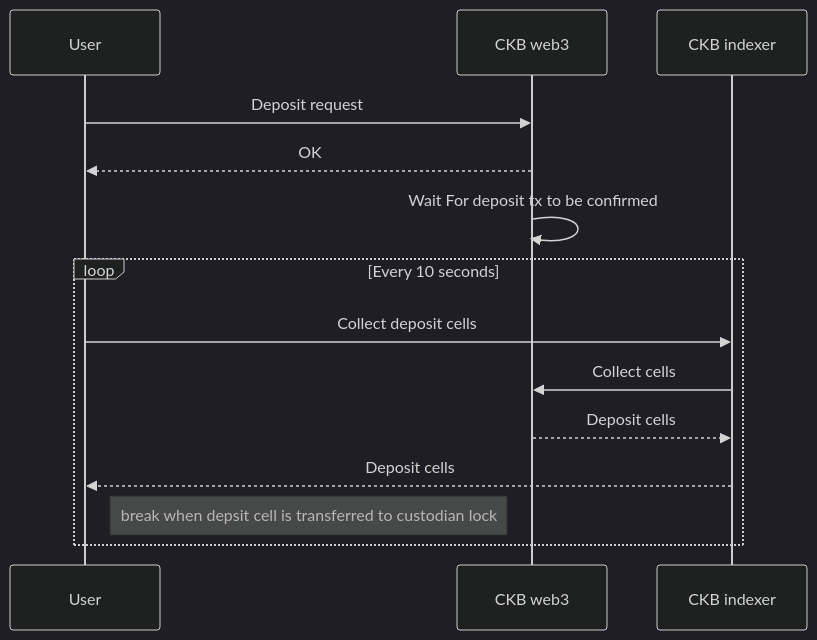
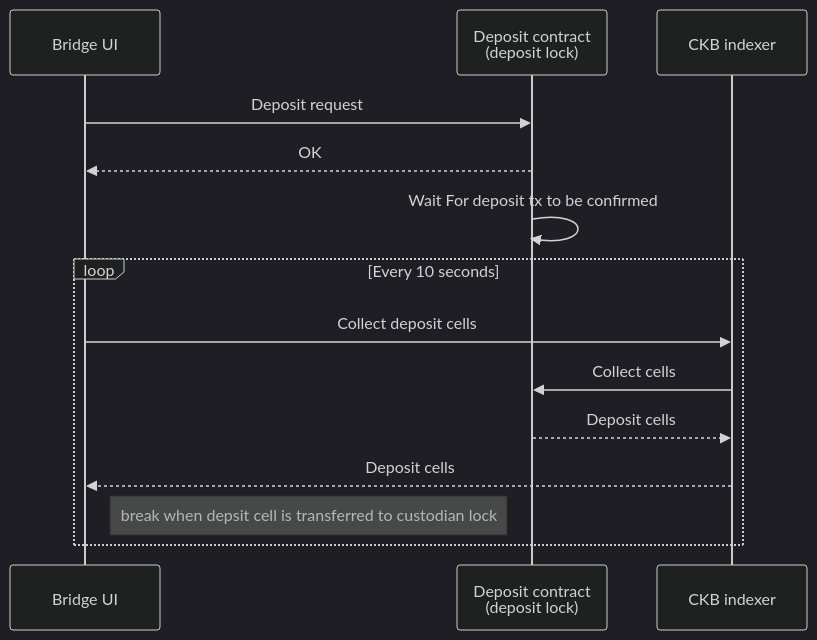
Before and after one commit to godwokenrises/light-godwoken: the first of 2 diagrams in docs/introduction.md, drawn with Mermaid (dark theme). The commit also changed other lines of this file, not shown here.

````diff
--- a/docs/introduction.md
+++ b/docs/introduction.md
@@ -47,16 +23,16 @@
 ```mermaid
 sequenceDiagram
-    participant A as User
-    participant B as CKB web3
+    participant A as Bridge UI
+    participant B as Deposit contract <br /> (deposit lock)
     participant C as CKB indexer
     A->>B: Deposit request
     B-->>A: OK
     B->>B: Wait For deposit tx to be confirmed
     loop Every 10 seconds
         A->>C: Collect deposit cells
         C->>B: Collect cells
         B-->>C: Deposit cells
         C-->>A: Deposit cells
         note right of A: break when depsit cell is transferred to custodian lock
     end
 ```
````
